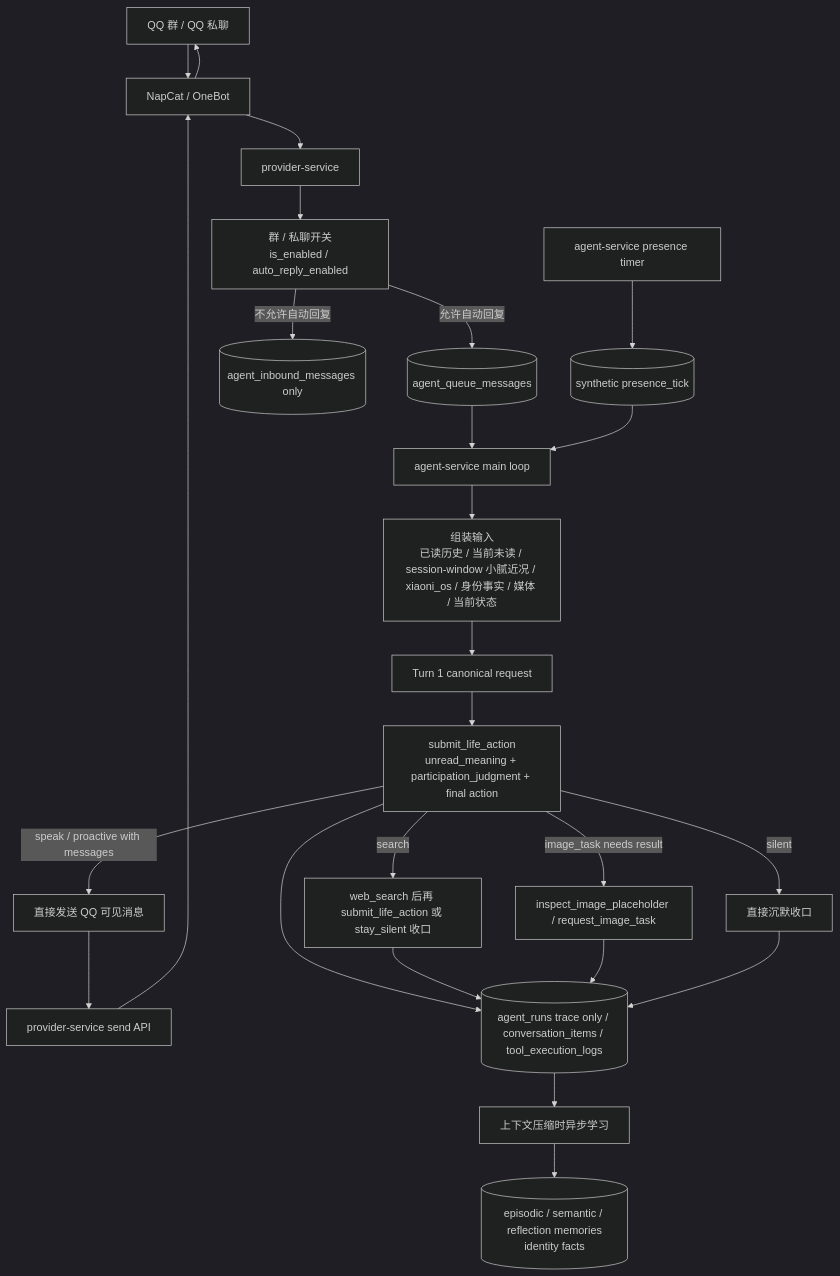
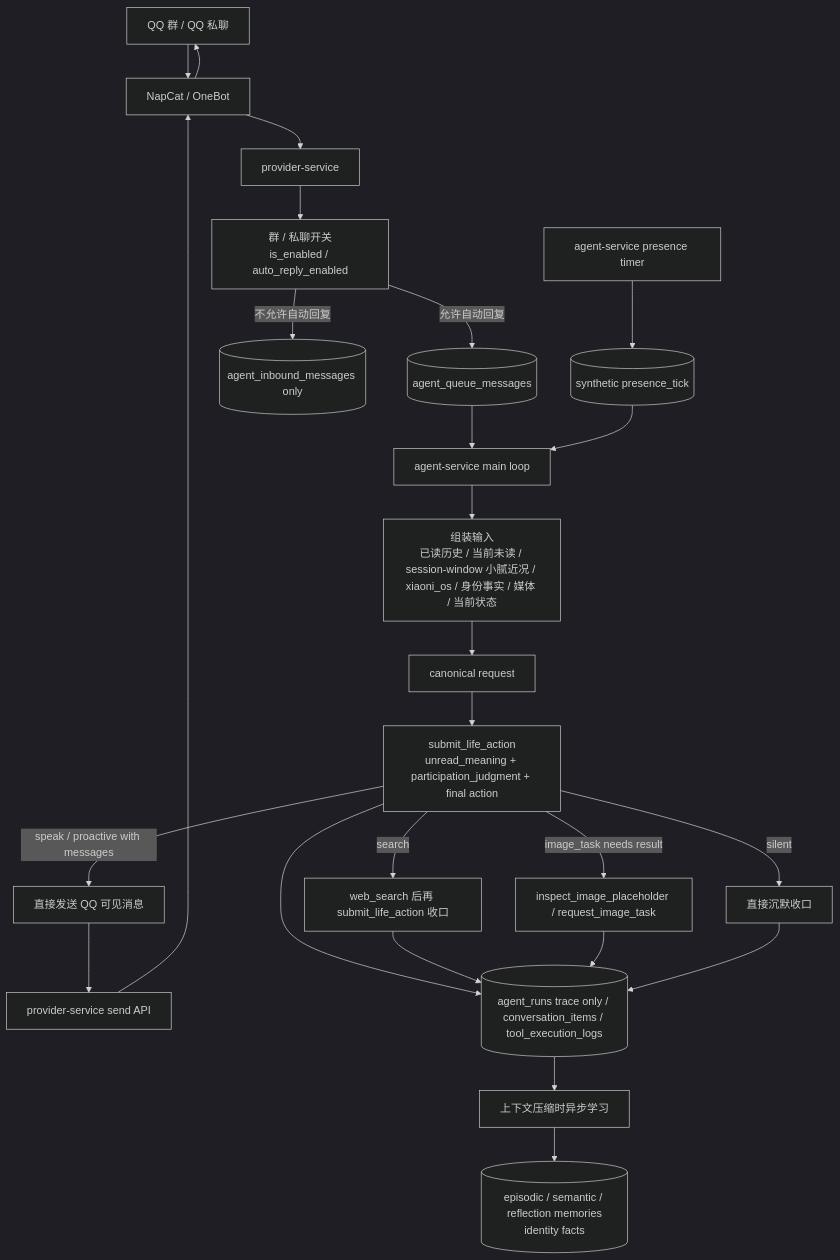
The first of 3 diagrams in docs/XIAONI_SPEAKING_FLOW.md (Hei-AI/xiaoni_cc), drawn with Mermaid (dark theme) before and after one commit. The commit also changed other lines of this file and 17 other files, not shown here.

````diff
--- a/docs/XIAONI_SPEAKING_FLOW.md
+++ b/docs/XIAONI_SPEAKING_FLOW.md
@@ -13,32 +13,32 @@
 ```mermaid
 flowchart TD
   QQ[QQ 群 / QQ 私聊] --> NapCat[NapCat / OneBot]
   NapCat --> Provider[provider-service]
 
   Provider --> Policy[群 / 私聊开关<br/>is_enabled / auto_reply_enabled]
   Policy -->|允许自动回复| Queue[(agent_queue_messages)]
   Policy -->|不允许自动回复| InboxOnly[(agent_inbound_messages only)]
 
   Queue --> Loop[agent-service main loop]
   Loop --> Context[组装输入<br/>已读历史 / 当前未读 / session-window 小腻近况 / xiaoni_os / 身份事实 / 媒体 / 当前状态]
-  Context --> Request[Turn 1 canonical request]
+  Context --> Request[canonical request]
   Request --> LifeAction[submit_life_action<br/>unread_meaning + participation_judgment + final action]
 
   LifeAction -->|speak / proactive with messages| Send[直接发送 QQ 可见消息]
   LifeAction -->|silent| Silent[直接沉默收口]
-  LifeAction -->|search| Search[web_search 后再 submit_life_action 或 stay_silent 收口]
+  LifeAction -->|search| Search[web_search 后再 submit_life_action 收口]
   LifeAction -->|image_task needs result| ImageTools[inspect_image_placeholder / request_image_task]
 
   Send --> ProviderSend[provider-service send API]
   ProviderSend --> NapCat --> QQ
 
   LifeAction --> Record[(agent_runs trace only / conversation_items / tool_execution_logs)]
   Search --> Record
   ImageTools --> Record
   Silent --> Record
   Record --> Learn[上下文压缩时异步学习]
   Learn --> Memory[(episodic / semantic / reflection memories<br/>identity facts)]
 
   AgentTimer[agent-service presence timer] --> PresenceQueue[(synthetic presence_tick)]
   PresenceQueue --> Loop
 ```
````
